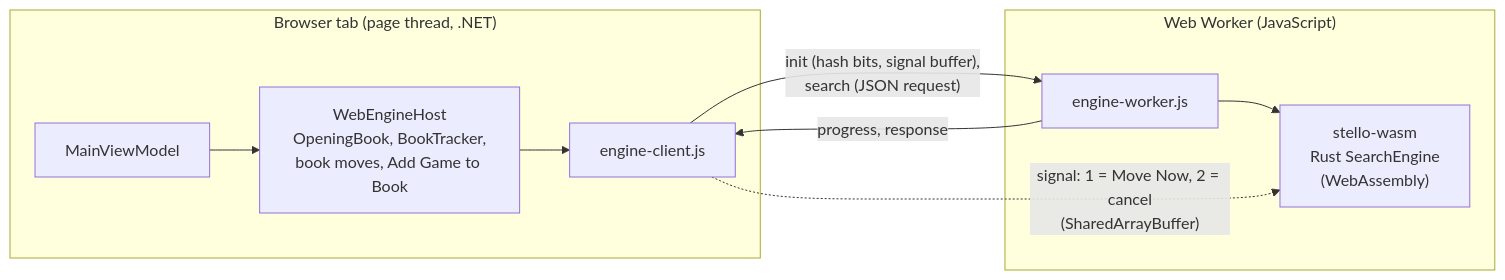
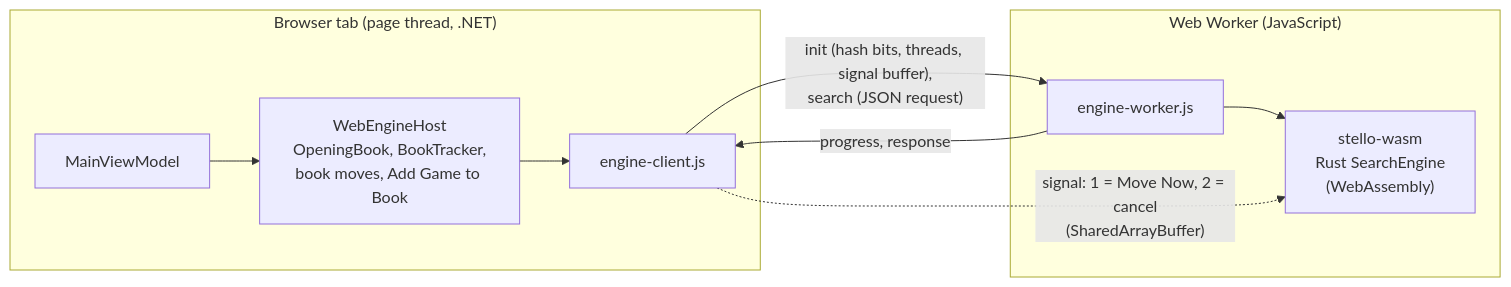
The third of 6 diagrams in docs/14-app-integration.md (cjp-dev/Stello), drawn with Mermaid before and after one commit. The commit also changed other lines of this file and 21 other files, not shown here.

````diff
--- a/docs/14-app-integration.md
+++ b/docs/14-app-integration.md
@@ -169,13 +200,13 @@
 ```mermaid
 flowchart LR
     subgraph Page["Browser tab (page thread, .NET)"]
         VM["MainViewModel"] --> Host["WebEngineHost<br/>OpeningBook, BookTracker,<br/>book moves, Add Game to Book"]
         Host --> Client["engine-client.js"]
     end
     subgraph Worker["Web Worker (JavaScript)"]
         W["engine-worker.js"] --> R["stello-wasm<br/>Rust SearchEngine<br/>(WebAssembly)"]
     end
-    Client -- "init (hash bits, signal buffer),<br/>search (JSON request)" --> W
+    Client -- "init (hash bits, threads, signal buffer),<br/>search (JSON request)" --> W
     W -- "progress, response" --> Client
     Client -. "signal: 1 = Move Now, 2 = cancel<br/>(SharedArrayBuffer)" .-> R
 ```
````
